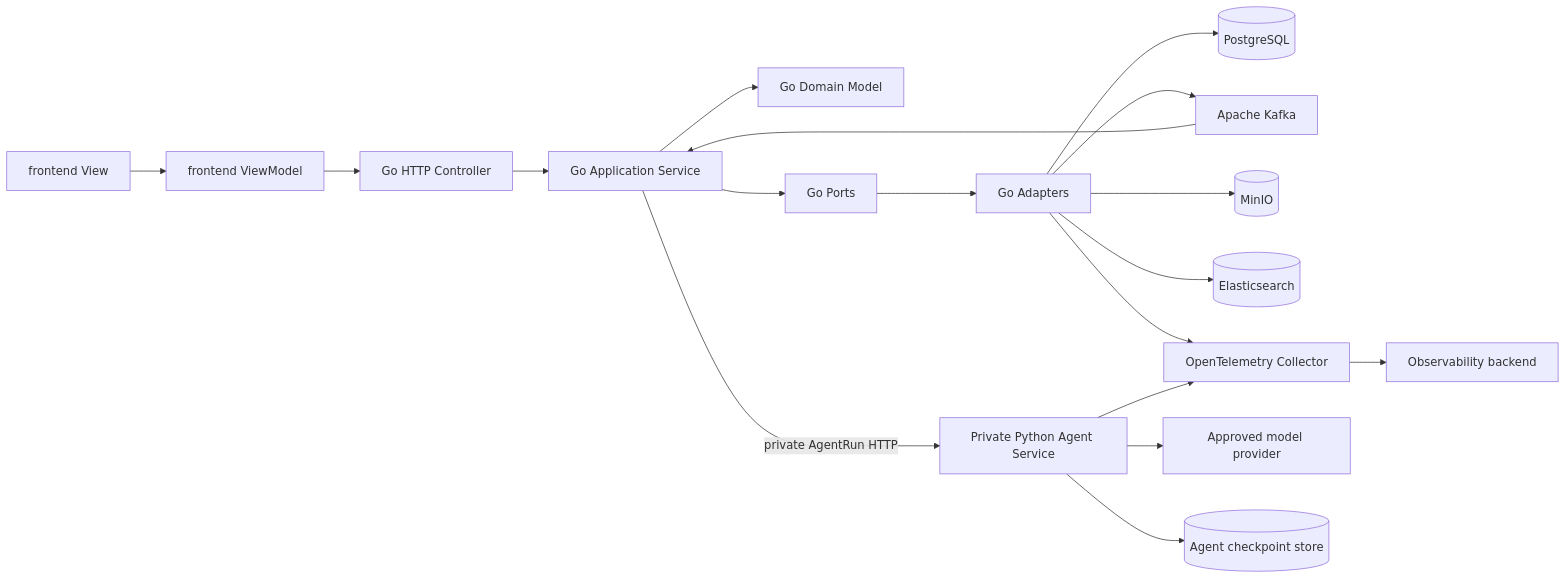
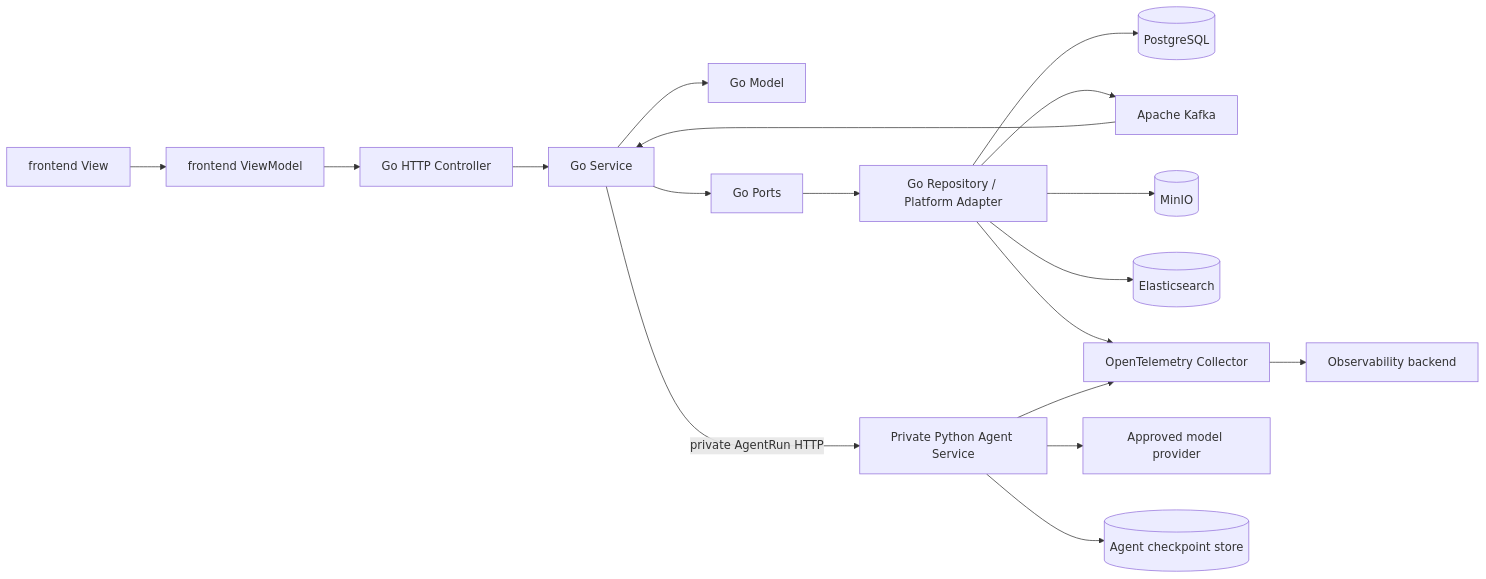
One commit to StephenQiu30/lanverse changed the first of 2 diagrams in docs/design/000-AI视频生产平台目标系统架构设计.md. Above: the diagram before and after it, drawn with Mermaid. The commit also changed other lines of this file and 98 other files, not shown here.

````diff
--- a/docs/design/000-AI视频生产平台目标系统架构设计.md
+++ b/docs/design/000-AI视频生产平台目标系统架构设计.md
@@ -52,21 +52,21 @@
 ```mermaid
 flowchart LR
     V["frontend View"] --> VM["frontend ViewModel"]
     VM --> C["Go HTTP Controller"]
-    C --> S["Go Application Service"]
-    S --> D["Go Domain Model"]
+    C --> S["Go Service"]
+    S --> D["Go Model"]
     S --> P["Go Ports"]
-    P --> A["Go Adapters"]
+    P --> A["Go Repository / Platform Adapter"]
     A --> PG[(PostgreSQL)]
     A --> MQ["Apache Kafka"]
     A --> OBJ[(MinIO)]
     A --> ES[(Elasticsearch)]
     A --> OTEL["OpenTelemetry Collector"]
 
     S -->|"private AgentRun HTTP"| PY["Private Python Agent Service"]
     PY --> LLM["Approved model provider"]
     PY --> CP[(Agent checkpoint store)]
     PY --> OTEL
     OTEL --> OBS["Observability backend"]
     MQ --> S
 ```
````
